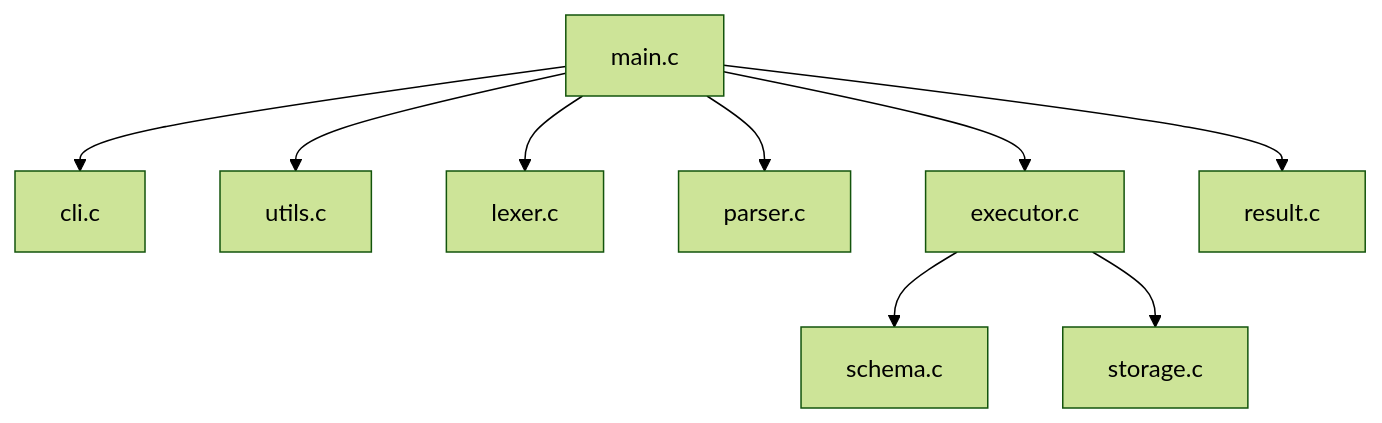
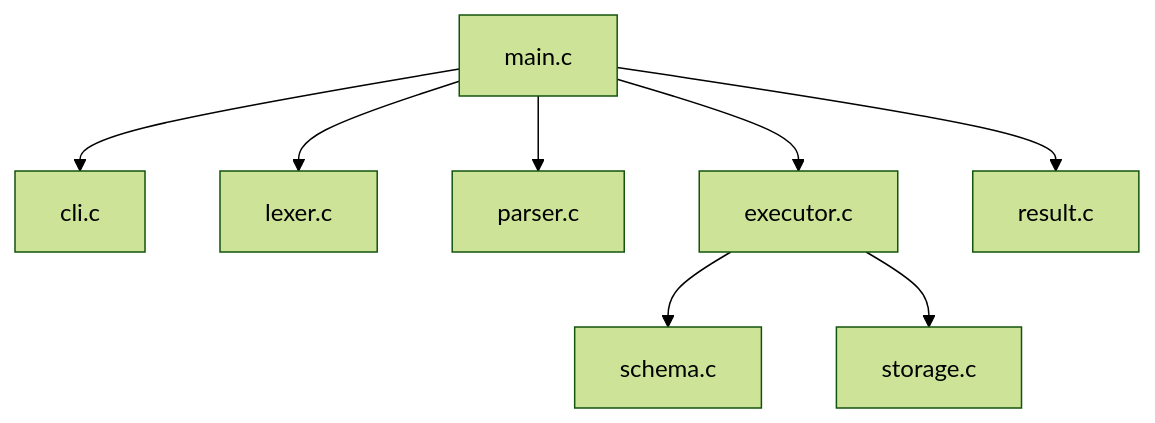
One commit to whiskend/sql-parser-engine changed the third of 11 diagrams in README.md. Above: the diagram before and after it, drawn with Mermaid (forest theme). The commit also changed other lines of this file and 1 other file, not shown here.

````diff
--- a/README.md
+++ b/README.md
@@ -51,11 +34,10 @@
 ```mermaid
 flowchart TB
     MAIN["main.c"] --> CLI["cli.c"]
-    MAIN --> UTILS["utils.c"]
     MAIN --> LEXER["lexer.c"]
     MAIN --> PARSER["parser.c"]
     MAIN --> EXECUTOR["executor.c"]
     MAIN --> RESULT["result.c"]
     EXECUTOR --> SCHEMA["schema.c"]
     EXECUTOR --> STORAGE["storage.c"]
 ```
````
